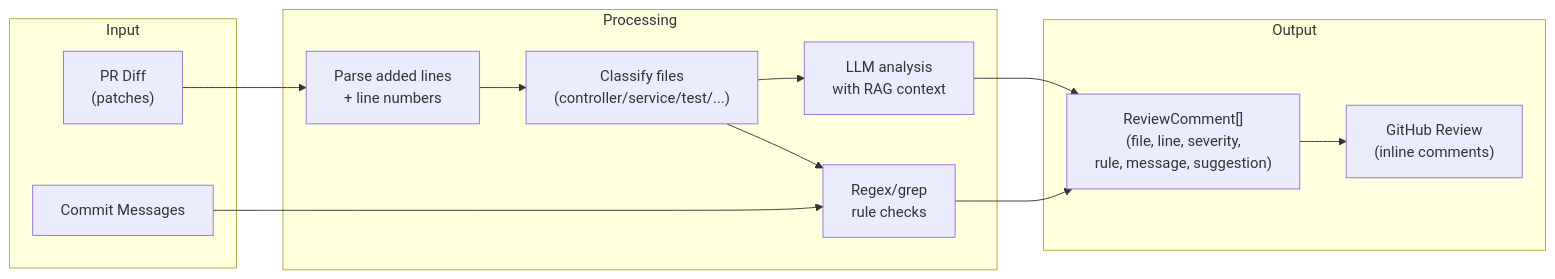
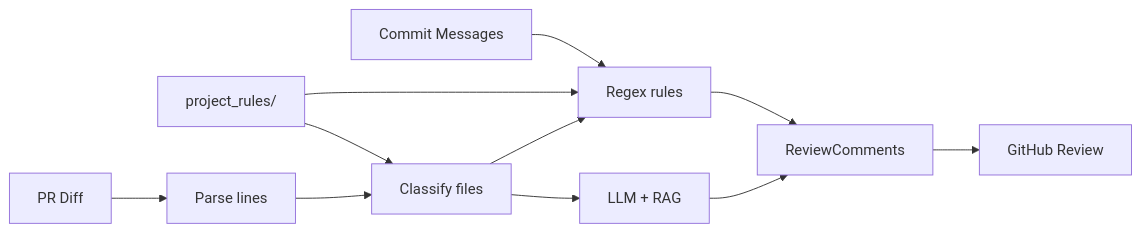
One commit to bibhuti230185/AI-learning changed the sixth of 7 diagrams in pr_review_agent/sw360_review_agent/ARCHITECTURE.md. Above: the diagram before and after it, drawn with Mermaid. The commit also changed other lines of this file and 19 other files, not shown here.

Commit message:
feat(pr-review): add rules loader and improve review flow

````diff
--- a/pr_review_agent/sw360_review_agent/ARCHITECTURE.md
+++ b/pr_review_agent/sw360_review_agent/ARCHITECTURE.md
@@ -173,25 +117,13 @@
 ```mermaid
 flowchart LR
-    subgraph Input
-        DIFF["PR Diff<br/>(patches)"]
-        COMMITS["Commit Messages"]
-    end
-
-    subgraph Processing
-        PARSE["Parse added lines<br/>+ line numbers"]
-        CLASS["Classify files<br/>(controller/service/test/...)"]
-        LINT["Regex/grep<br/>rule checks"]
-        LLM_CALL["LLM analysis<br/>with RAG context"]
-    end
-
-    subgraph Output
-        COMMENTS["ReviewComment[]<br/>(file, line, severity,<br/>rule, message, suggestion)"]
-        REVIEW["GitHub Review<br/>(inline comments)"]
-    end
-
-    DIFF --> PARSE --> CLASS
-    CLASS --> LINT --> COMMENTS
-    CLASS --> LLM_CALL --> COMMENTS
-    COMMITS --> LINT
-    COMMENTS --> REVIEW
+    DIFF[PR Diff] --> PARSE[Parse lines]
+    COMMITS[Commit Messages] --> LINT
+    RULES[project_rules/] --> CLASS[Classify files]
+    PARSE --> CLASS
+    RULES --> LINT[Regex rules]
+    CLASS --> LINT
+    CLASS --> LLM_CALL[LLM + RAG]
+    LINT --> COMMENTS[ReviewComments]
+    LLM_CALL --> COMMENTS
+    COMMENTS --> REVIEW[GitHub Review]
 ```
````
